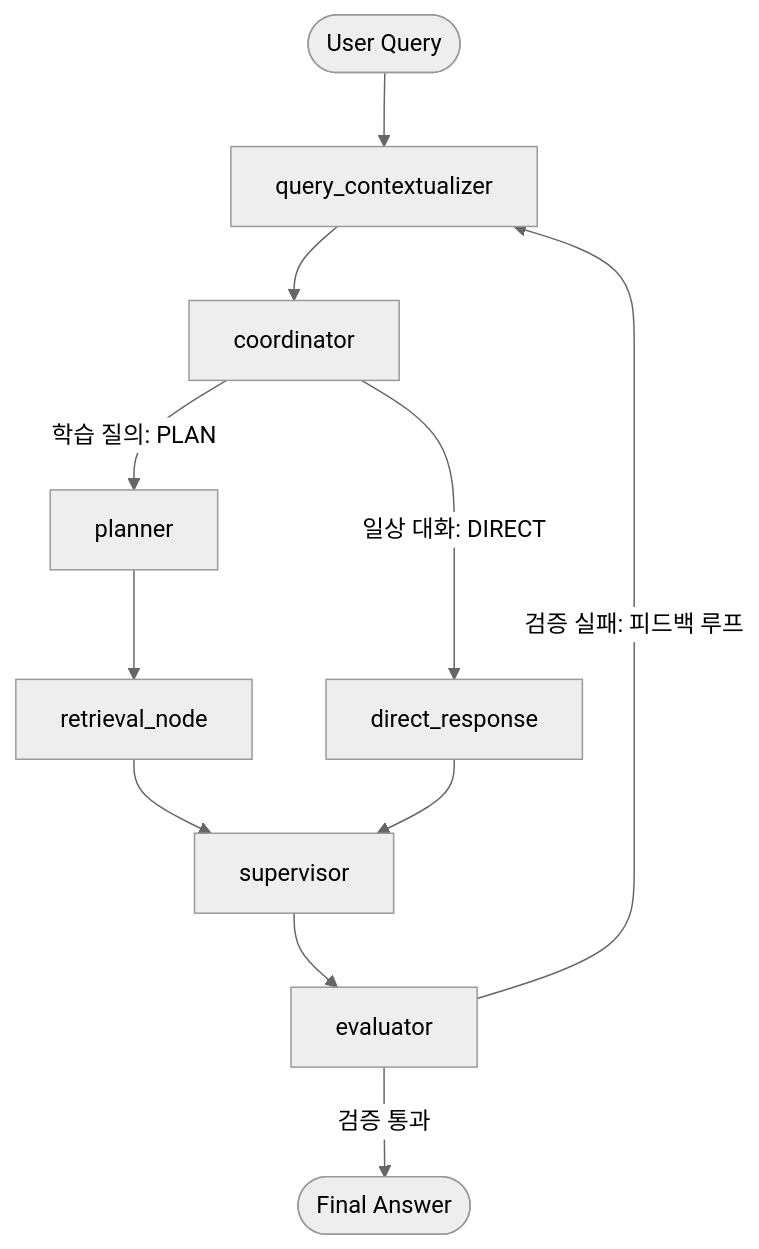
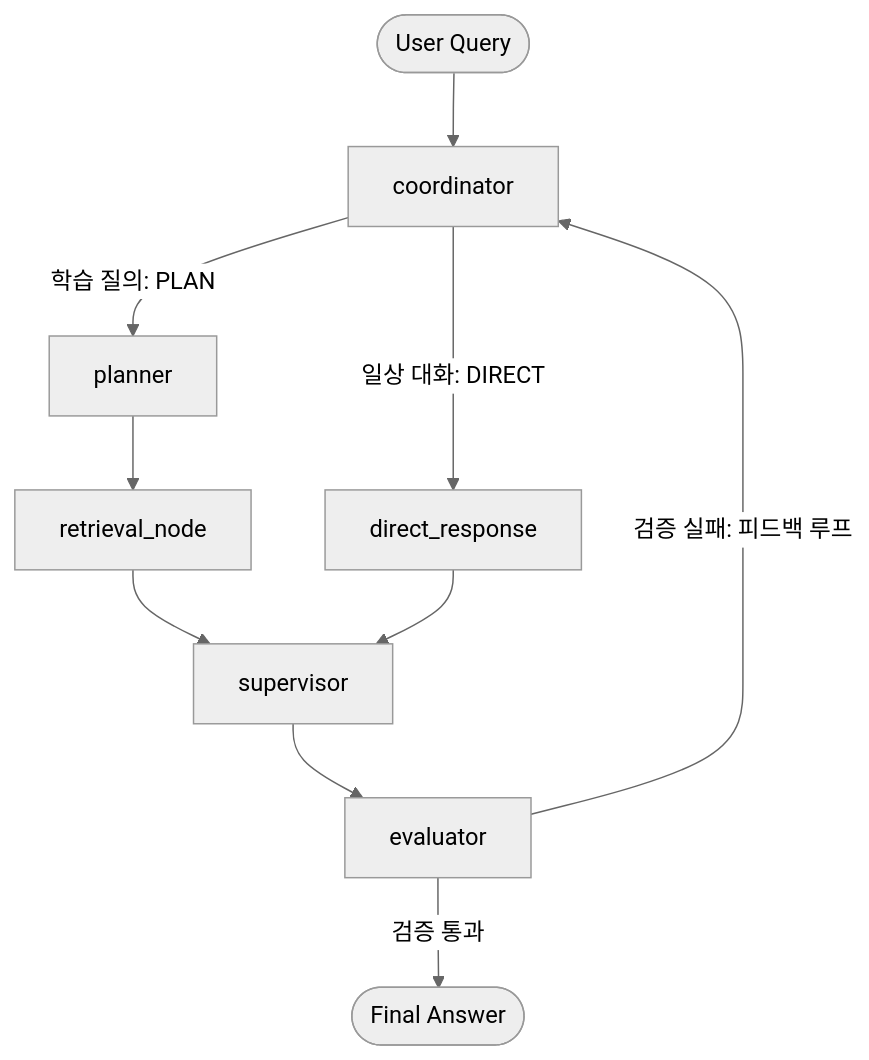
Before and after one commit to devCollegit/SocrAItes: the second of 2 diagrams in docs/System_Design.md, drawn with Mermaid (neutral theme). The commit also changed other lines of this file and 2 other files, not shown here.

First line of the commit message:
refactor: unify query_contextualizer and coordinator nodes

````diff
--- a/docs/System_Design.md
+++ b/docs/System_Design.md
@@ -46,17 +46,16 @@
 ```mermaid
 flowchart TD
-    User([User Query]) --> query_contextualizer
-    query_contextualizer --> coordinator
+    User([User Query]) --> coordinator
     
     coordinator -->|학습 질의: PLAN| planner
     coordinator -->|일상 대화: DIRECT| direct_response
     
     planner --> retrieval_node
     retrieval_node --> supervisor
     
     direct_response --> supervisor
     supervisor --> evaluator
     
     evaluator -->|검증 통과| FinalAnswer([Final Answer])
-    evaluator -->|검증 실패: 피드백 루프| query_contextualizer
+    evaluator -->|검증 실패: 피드백 루프| coordinator
 ```
````
